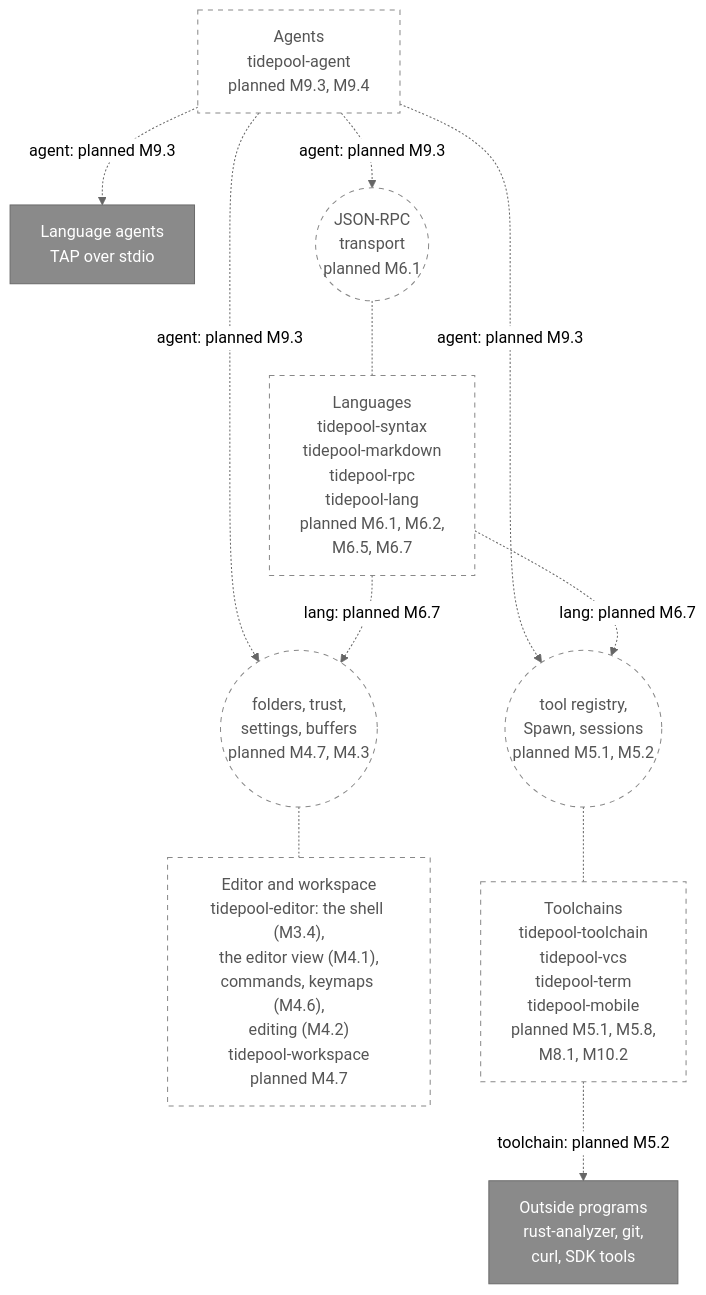
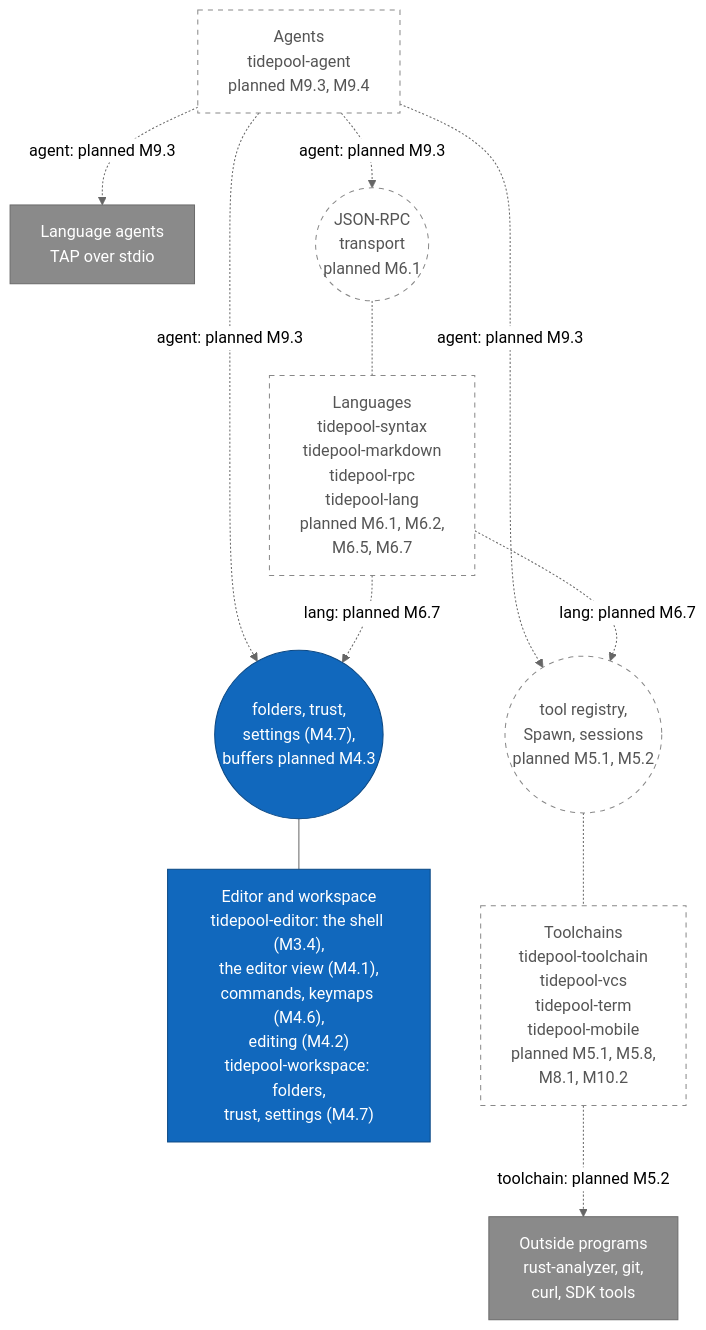
The second of 21 diagrams in diagrams/component-diagrams.md (jabbott-iii/Tidepool), drawn with Mermaid (neutral theme) before and after one commit. The commit also changed other lines of this file and 54 other files, not shown here.

First line of the commit message:
feat(workspace,app): folders, ignore files, trust and settings (M4.7)

````diff
--- a/diagrams/component-diagrams.md
+++ b/diagrams/component-diagrams.md
@@ -133,29 +133,31 @@
 ```mermaid
 flowchart TB
     c_agents["Agents<br/>tidepool-agent<br/>planned M9.3, M9.4"]
     e_agents["Language agents<br/>TAP over stdio"]
     i_rpc(("JSON-RPC<br/>transport<br/>planned M6.1"))
     c_lang["Languages<br/>tidepool-syntax<br/>tidepool-markdown<br/>tidepool-rpc<br/>tidepool-lang<br/>planned M6.1, M6.2,<br/>M6.5, M6.7"]
-    i_ws(("folders, trust,<br/>settings, buffers<br/>planned M4.7, M4.3"))
+    i_ws(("folders, trust,<br/>settings (M4.7),<br/>buffers planned M4.3"))
     i_tools(("tool registry,<br/>Spawn, sessions<br/>planned M5.1, M5.2"))
-    c_editor["Editor and workspace<br/>tidepool-editor: the shell (M3.4),<br/>the editor view (M4.1),<br/>commands, keymaps (M4.6),<br/>editing (M4.2)<br/>tidepool-workspace<br/>planned M4.7"]
+    c_editor["Editor and workspace<br/>tidepool-editor: the shell (M3.4),<br/>the editor view (M4.1),<br/>commands, keymaps (M4.6),<br/>editing (M4.2)<br/>tidepool-workspace: folders,<br/>trust, settings (M4.7)"]
     c_tools["Toolchains<br/>tidepool-toolchain<br/>tidepool-vcs<br/>tidepool-term<br/>tidepool-mobile<br/>planned M5.1, M5.8,<br/>M8.1, M10.2"]
     e_progs["Outside programs<br/>rust-analyzer, git,<br/>curl, SDK tools"]
 
     c_agents -.->|"agent: planned M9.3"| e_agents
     c_agents -.->|"agent: planned M9.3"| i_rpc
     c_agents -.->|"agent: planned M9.3"| i_ws
     c_agents -.->|"agent: planned M9.3"| i_tools
     i_rpc -.- c_lang
     c_lang -.->|"lang: planned M6.7"| i_ws
     c_lang -.->|"lang: planned M6.7"| i_tools
-    i_ws -.- c_editor
+    i_ws --- c_editor
     i_tools -.- c_tools
     c_tools -.->|"toolchain: planned M5.2"| e_progs
 
+    classDef built fill:#1168bd,stroke:#0b4884,color:#ffffff
     classDef external fill:#8a8a8a,stroke:#6b6b6b,color:#ffffff
     classDef planned fill:#ffffff,stroke:#888888,stroke-dasharray: 5 5,color:#555555
-    class c_agents,c_lang,c_editor,c_tools planned
-    class i_rpc,i_ws,i_tools planned
+    class c_editor,i_ws built
+    class c_agents,c_lang,c_tools planned
+    class i_rpc,i_tools planned
     class e_agents,e_progs external
 ```
````
